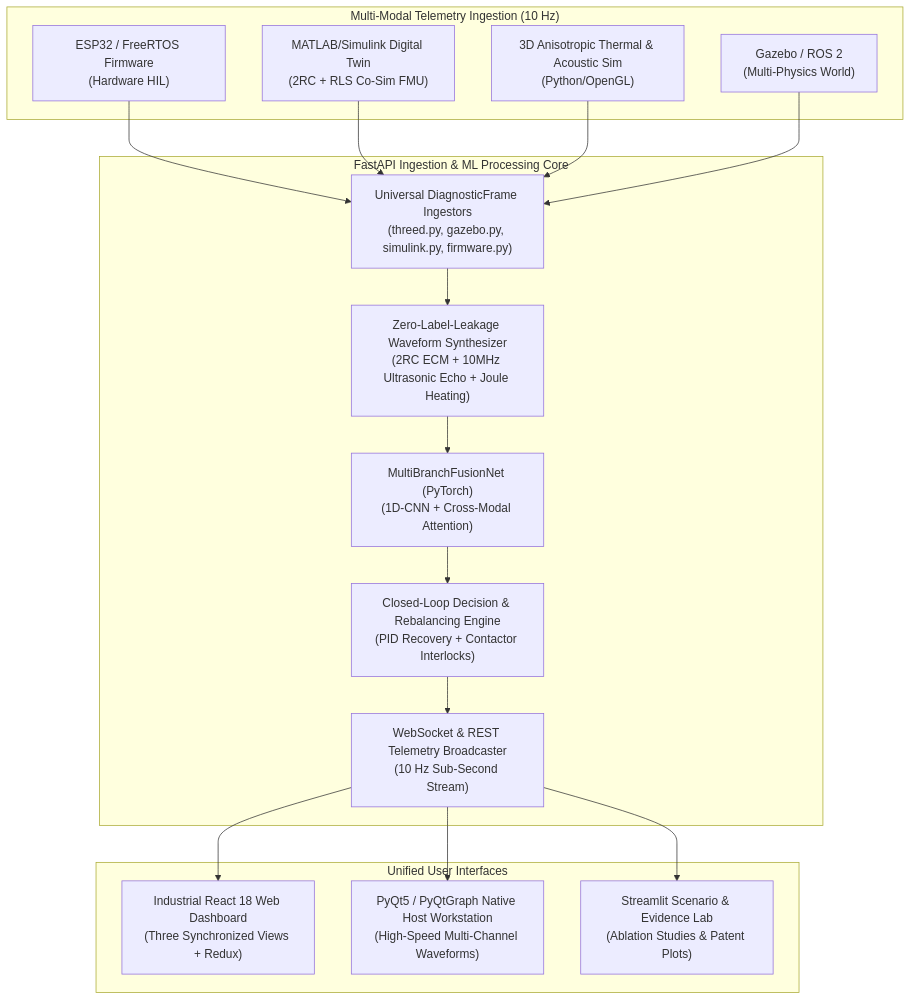
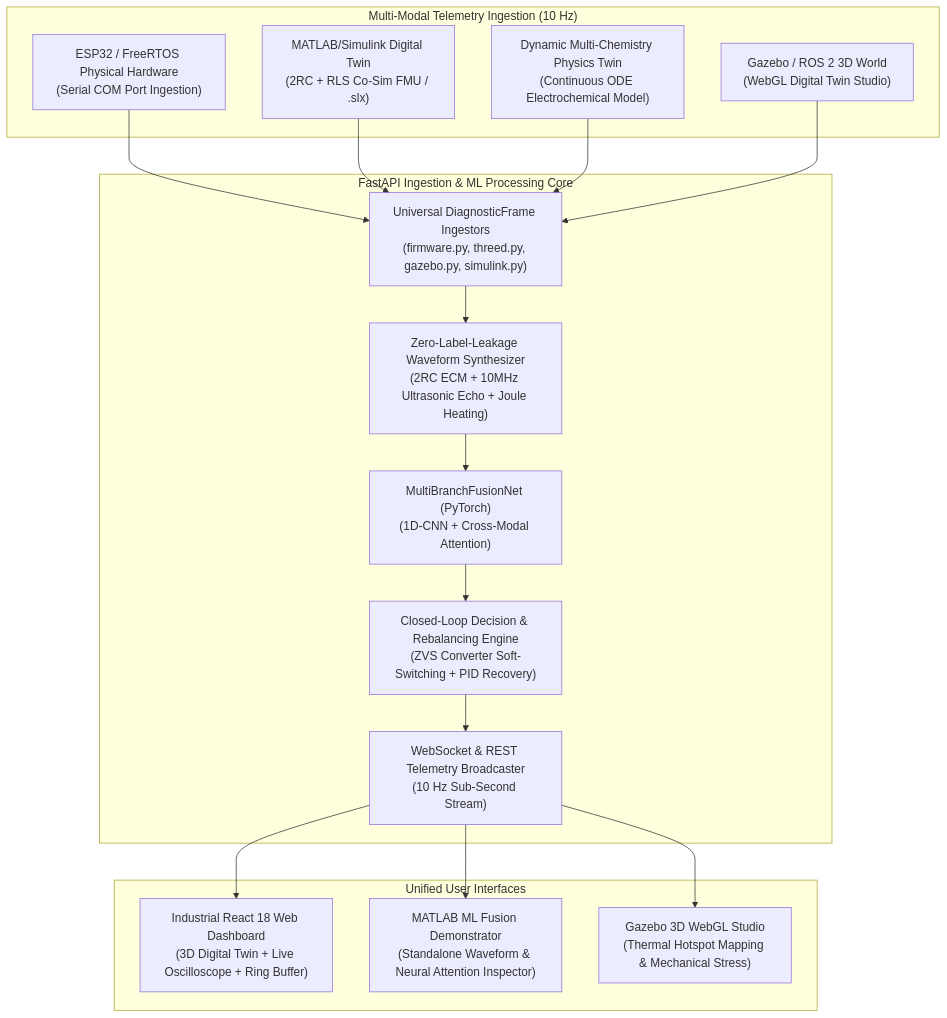
Before and after one commit to santhoshvellore7119-web/EV_diagonostics: the diagram in README.md, drawn with Mermaid. The commit also changed other lines of this file, not shown here.

Commit message:
docs: complete comprehensive system architecture, multi-chemistry engine, and execution guide in README

````diff
--- a/README.md
+++ b/README.md
@@ -33,33 +34,33 @@
 ```mermaid
 flowchart TB
     subgraph DataSources ["Multi-Modal Telemetry Ingestion (10 Hz)"]
-        A1["ESP32 / FreeRTOS Firmware<br/>(Hardware HIL)"]
-        A2["MATLAB/Simulink Digital Twin<br/>(2RC + RLS Co-Sim FMU)"]
-        A3["3D Anisotropic Thermal & Acoustic Sim<br/>(Python/OpenGL)"]
-        A4["Gazebo / ROS 2<br/>(Multi-Physics World)"]
+        A1["ESP32 / FreeRTOS Physical Hardware<br/>(Serial COM Port Ingestion)"]
+        A2["MATLAB/Simulink Digital Twin<br/>(2RC + RLS Co-Sim FMU / .slx)"]
+        A3["Dynamic Multi-Chemistry Physics Twin<br/>(Continuous ODE Electrochemical Model)"]
+        A4["Gazebo / ROS 2 3D World<br/>(WebGL Digital Twin Studio)"]
     end
 
     subgraph Backend ["FastAPI Ingestion & ML Processing Core"]
-        B1["Universal DiagnosticFrame Ingestors<br/>(threed.py, gazebo.py, simulink.py, firmware.py)"]
+        B1["Universal DiagnosticFrame Ingestors<br/>(firmware.py, threed.py, gazebo.py, simulink.py)"]
         B2["Zero-Label-Leakage Waveform Synthesizer<br/>(2RC ECM + 10MHz Ultrasonic Echo + Joule Heating)"]
         B3["MultiBranchFusionNet (PyTorch)<br/>(1D-CNN + Cross-Modal Attention)"]
-        B4["Closed-Loop Decision & Rebalancing Engine<br/>(PID Recovery + Contactor Interlocks)"]
+        B4["Closed-Loop Decision & Rebalancing Engine<br/>(ZVS Converter Soft-Switching + PID Recovery)"]
         B5["WebSocket & REST Telemetry Broadcaster<br/>(10 Hz Sub-Second Stream)"]
     end
 
     subgraph ClientLayer ["Unified User Interfaces"]
-        C1["Industrial React 18 Web Dashboard<br/>(Three Synchronized Views + Redux)"]
-        C2["PyQt5 / PyQtGraph Native Host Workstation<br/>(High-Speed Multi-Channel Waveforms)"]
-        C3["Streamlit Scenario & Evidence Lab<br/>(Ablation Studies & Patent Plots)"]
+        C1["Industrial React 18 Web Dashboard<br/>(3D Digital Twin + Live Oscilloscope + Ring Buffer)"]
+        C2["MATLAB ML Fusion Demonstrator<br/>(Standalone Waveform & Neural Attention Inspector)"]
+        C3["Gazebo 3D WebGL Studio<br/>(Thermal Hotspot Mapping & Mechanical Stress)"]
     end
 
     A1 --> B1
     A2 --> B1
     A3 --> B1
     A4 --> B1
 
     B1 --> B2 --> B3 --> B4 --> B5
     B5 --> C1
     B5 --> C2
     B5 --> C3
 ```
````
